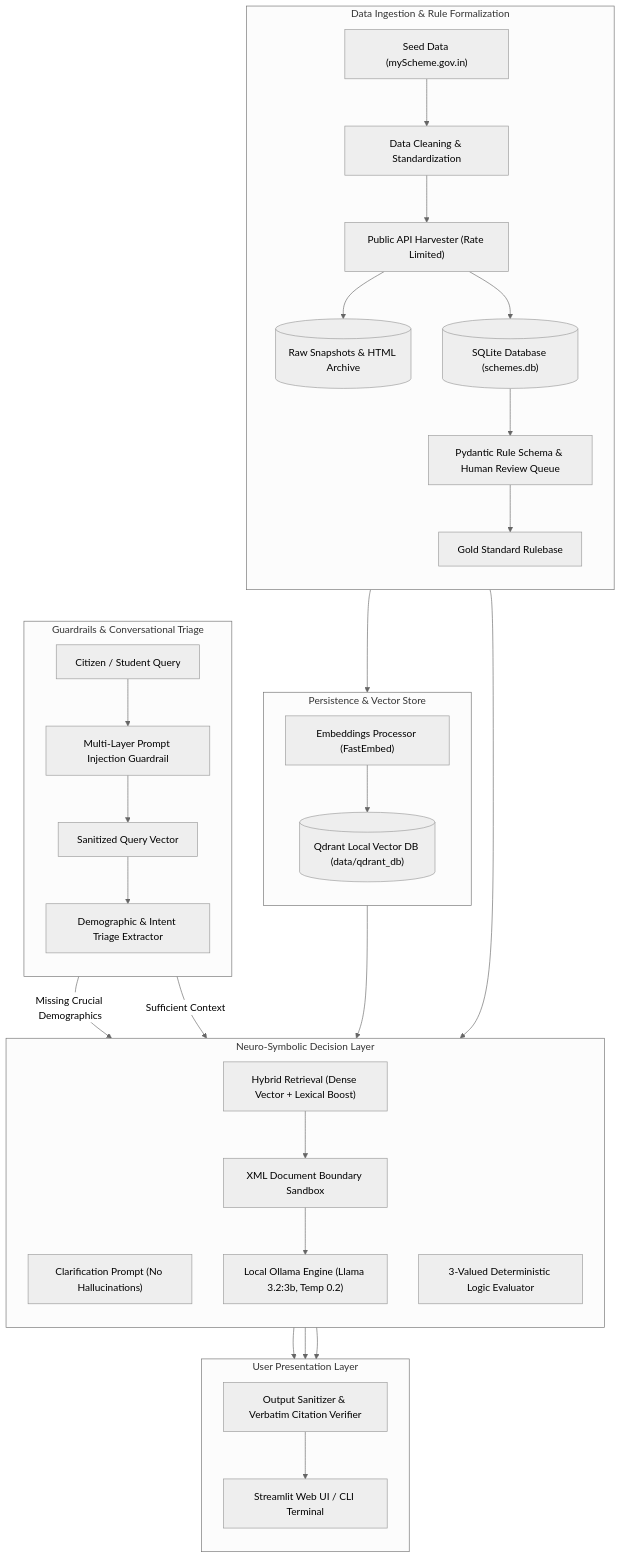
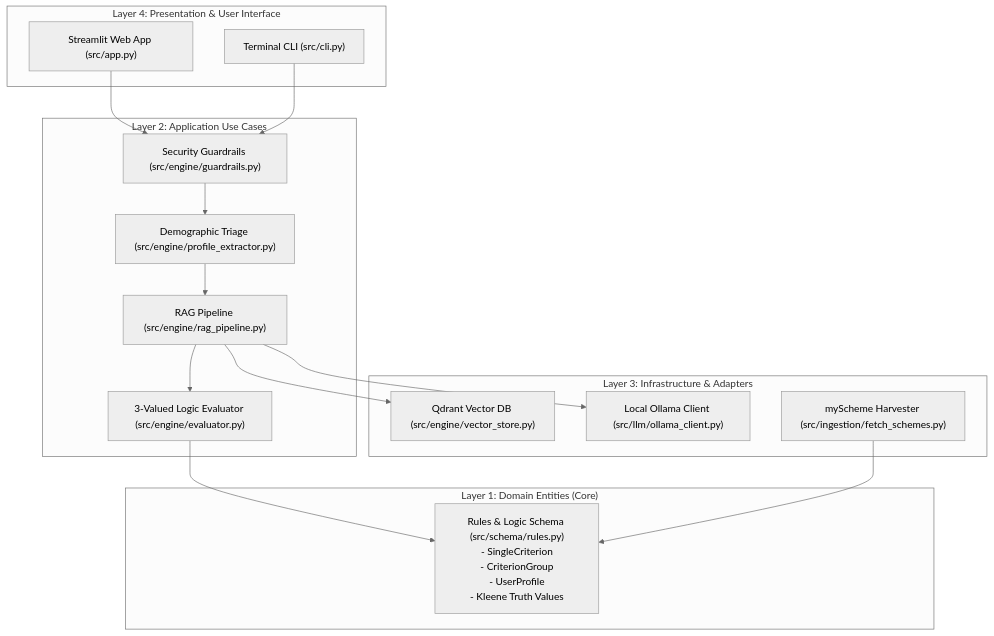
One commit to AdinotAadi/scheme-finder-chatbot changed the first of 4 diagrams in Docs/architecture/ARCHITECTURE.md. Above: the diagram before and after it, drawn with Mermaid (neutral theme). The commit also changed other lines of this file and 1 other file, not shown here.

Commit message:
docs: rewrite documentation according to Simplified Technical English standards and Clean Architecture

````diff
--- a/Docs/architecture/ARCHITECTURE.md
+++ b/Docs/architecture/ARCHITECTURE.md
@@ -26,43 +27,34 @@
 ```mermaid
 flowchart TD
-    subgraph DataIngestion ["Data Ingestion & Rule Formalization"]
-        direction TB
-        SeedData["Seed Data (myScheme.gov.in)"] --> CleanData["Data Cleaning & Standardization"]
-        CleanData --> APIIngest["Public API Harvester (Rate Limited)"]
-        APIIngest --> RawStore[("Raw Snapshots & HTML Archive")]
-        APIIngest --> SQLiteDB[("SQLite Database (schemes.db)")]
-        SQLiteDB --> RuleReview["Pydantic Rule Schema & Human Review Queue"]
-        RuleReview --> GoldRules["Gold Standard Rulebase"]
+    subgraph Layer4 ["Layer 4: Presentation & User Interface"]
+        AppUI["Streamlit Web App (src/app.py)"]
+        CLIApp["Terminal CLI (src/cli.py)"]
     end
 
-    subgraph StorageLayer ["Persistence & Vector Store"]
-        direction TB
-        SQLiteDB --> VectorIngest["Embeddings Processor (FastEmbed)"]
-        VectorIngest --> QdrantDB[("Qdrant Local Vector DB (data/qdrant_db)")]
+    subgraph Layer3 ["Layer 3: Infrastructure & Adapters"]
+        QdrantStore["Qdrant Vector DB (src/engine/vector_store.py)"]
+        OllamaEngine["Local Ollama Client (src/llm/ollama_client.py)"]
+        Scraper["myScheme Harvester (src/ingestion/fetch_schemes.py)"]
     end
 
-    subgraph SecurityTriage ["Guardrails & Conversational Triage"]
-        direction TB
-        UserInput["Citizen / Student Query"] --> InjectionGuard["Multi-Layer Prompt Injection Guardrail"]
-        InjectionGuard --> QuerySanitized["Sanitized Query Vector"]
-        QuerySanitized --> ProfileExtractor["Demographic & Intent Triage Extractor"]
+    subgraph Layer2 ["Layer 2: Application Use Cases"]
+        LogicEngine["3-Valued Logic Evaluator (src/engine/evaluator.py)"]
+        TriageExtractor["Demographic Triage (src/engine/profile_extractor.py)"]
+        SecurityGuard["Security Guardrails (src/engine/guardrails.py)"]
+        RAGPipe["RAG Pipeline (src/engine/rag_pipeline.py)"]
     end
 
-    subgraph ReasoningEngines ["Neuro-Symbolic Decision Layer"]
-        direction TB
-        ProfileExtractor -- "Missing Crucial Demographics" --> TriageResponse["Clarification Prompt (No Hallucinations)"]
-        ProfileExtractor -- "Sufficient Context" --> HybridRetriever["Hybrid Retrieval (Dense Vector + Lexical Boost)"]
-        QdrantDB --> HybridRetriever
-        HybridRetriever --> XMLSandbox["XML Document Boundary Sandbox"]
-        GoldRules --> SymbolicEval["3-Valued Deterministic Logic Evaluator"]
-        XMLSandbox --> LocalLLM["Local Ollama Engine (Llama 3.2:3b, Temp 0.2)"]
+    subgraph Layer1 ["Layer 1: Domain Entities (Core)"]
+        RulesSchema["Rules & Logic Schema (src/schema/rules.py)\n- SingleCriterion\n- CriterionGroup\n- UserProfile\n- Kleene Truth Values"]
     end
 
-    subgraph PresentationLayer ["User Presentation Layer"]
-        direction TB
-        LocalLLM --> OutputFilter["Output Sanitizer & Verbatim Citation Verifier"]
-        SymbolicEval --> OutputFilter
-        OutputFilter --> StreamlitUI["Streamlit Web UI / CLI Terminal"]
-        TriageResponse --> StreamlitUI
-    end
+    AppUI --> SecurityGuard
+    CLIApp --> SecurityGuard
+    SecurityGuard --> TriageExtractor
+    TriageExtractor --> RAGPipe
+    RAGPipe --> QdrantStore
+    RAGPipe --> OllamaEngine
+    RAGPipe --> LogicEngine
+    LogicEngine --> RulesSchema
+    Scraper --> RulesSchema
 ```
````
